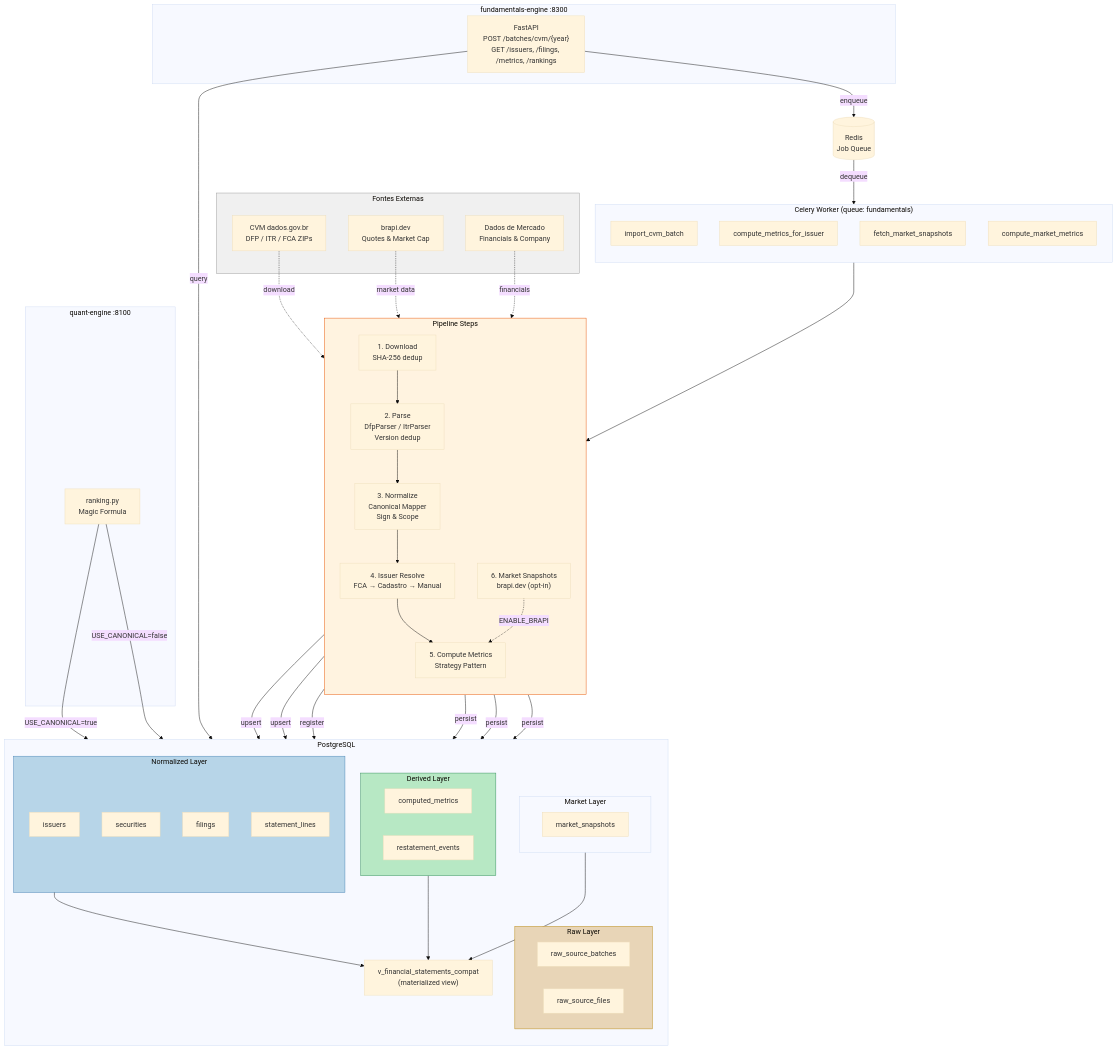
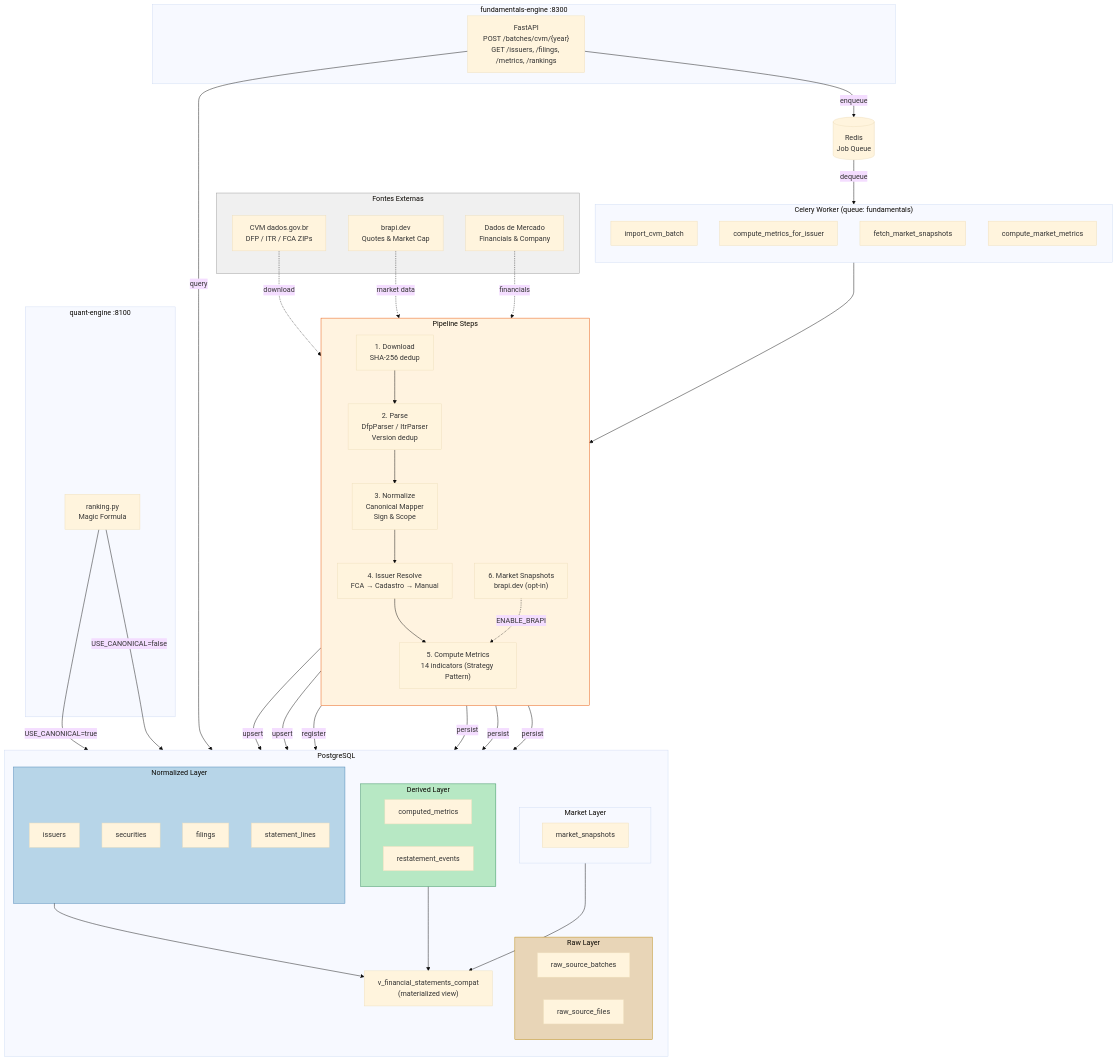
Before and after one commit to luoarch/q-cube: the first of 4 diagrams in docs/fundamentals-engine.md, drawn with Mermaid (base theme). The commit also changed other lines of this file and 10 other files, not shown here.

```diff
--- a/docs/fundamentals-engine.md
+++ b/docs/fundamentals-engine.md
@@ -30,7 +30,7 @@
         S2["2. Parse<br/>DfpParser / ItrParser<br/>Version dedup"]
         S3["3. Normalize<br/>Canonical Mapper<br/>Sign & Scope"]
         S4["4. Issuer Resolve<br/>FCA → Cadastro → Manual"]
-        S5["5. Compute Metrics<br/>Strategy Pattern"]
+        S5["5. Compute Metrics<br/>14 indicators (Strategy Pattern)"]
         S6["6. Market Snapshots<br/>brapi.dev (opt-in)"]
         S1 --> S2 --> S3 --> S4 --> S5
         S6 -.->|ENABLE_BRAPI| S5
```
